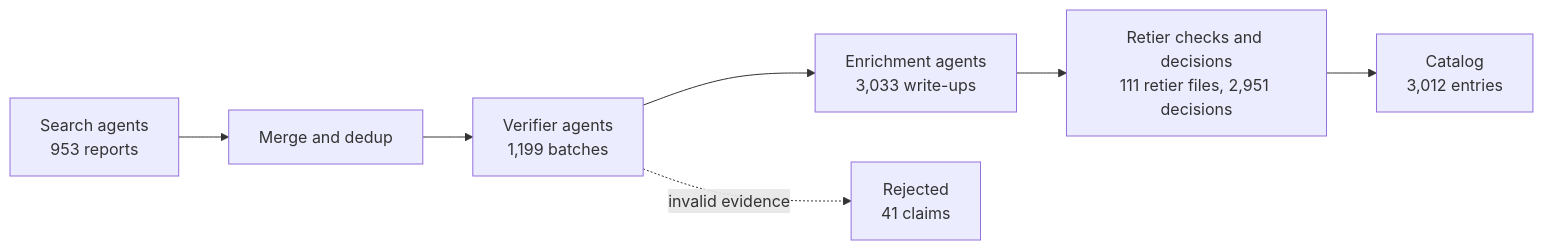
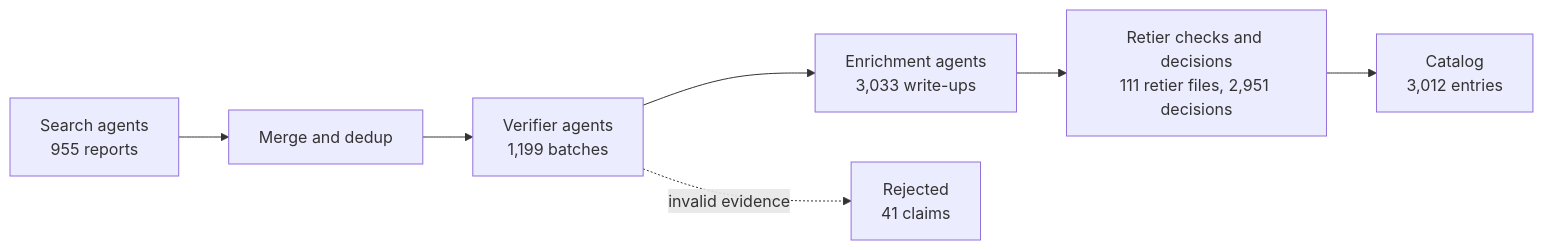
One commit to harrisjib216/fastplusplus changed the diagram in README.md. Above: the diagram before and after it, drawn with Mermaid. The commit also changed 11 other files, not shown here.

````diff
--- a/README.md
+++ b/README.md
@@ -116,9 +116,9 @@
 ```mermaid
 flowchart LR
-  S["Search agents<br/>953 reports"] --> M["Merge and dedup"]
+  S["Search agents<br/>955 reports"] --> M["Merge and dedup"]
   M --> V["Verifier agents<br/>1,199 batches"]
   V --> E["Enrichment agents<br/>3,033 write-ups"]
   E --> R["Retier checks and decisions<br/>111 retier files, 2,951 decisions"]
   R --> C["Catalog<br/>3,012 entries"]
   V -. invalid evidence .-> X["Rejected<br/>41 claims"]
 ```
````
